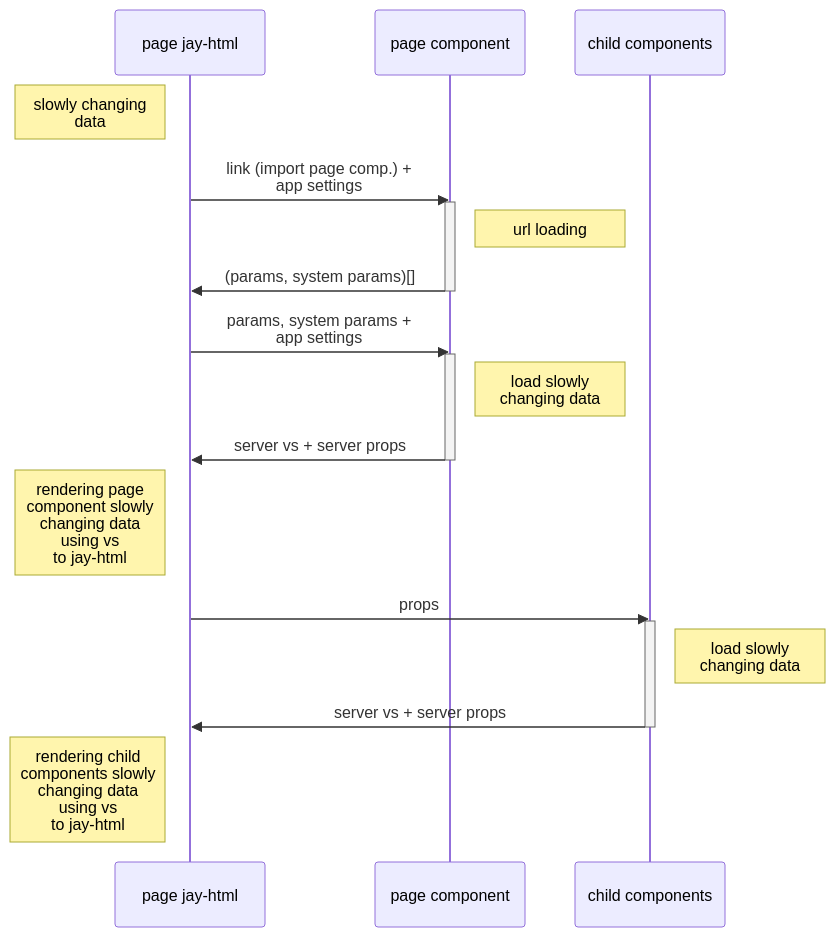
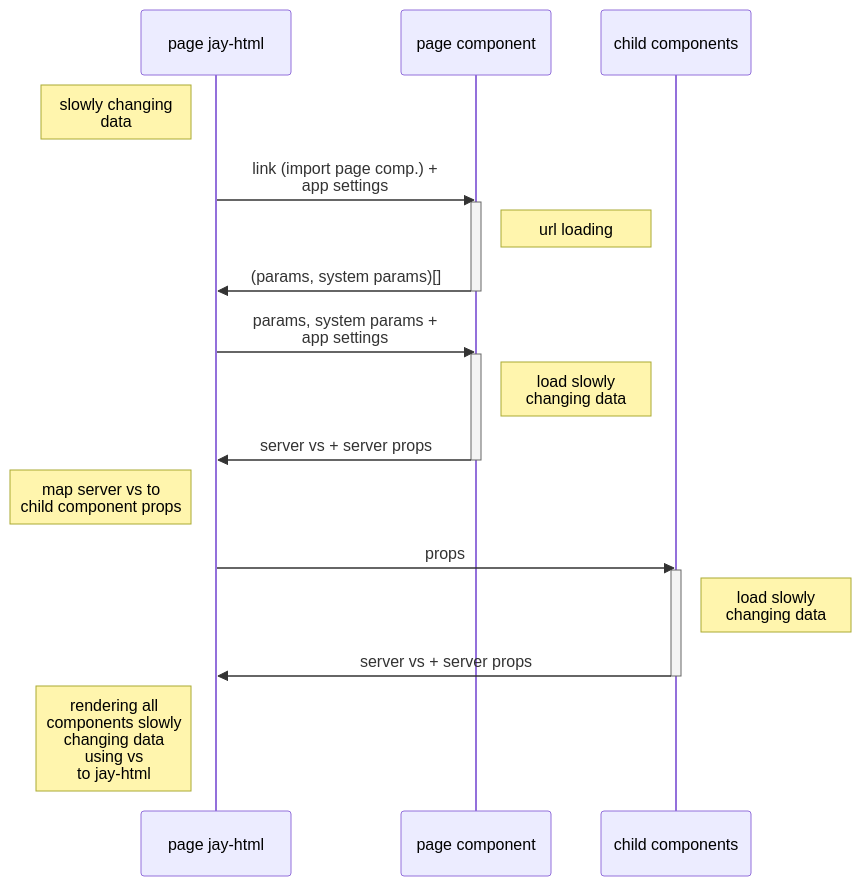
One commit to jay-framework/jay changed the diagram in design-log/34 - jay stack - rendering flow - slowly changing.mmd. Above: the diagram before and after it, drawn with Mermaid. The commit also changed 4 other files, not shown here.

Commit message:
updated diagrams

```diff
--- a/design-log/34 - jay stack - rendering flow - slowly changing.mmd
+++ b/design-log/34 - jay stack - rendering flow - slowly changing.mmd
@@ -1,22 +1,22 @@
 sequenceDiagram
     participant page as page jay-html
     participant comp as page component
     participant child as child components
     Note left of page: slowly changing<br>data
     page->>comp: link (import page comp.) +<br> app settings
     activate comp
     Note right of comp: url loading
     comp->>page: (params, system params)[]
     deactivate comp
     page->>comp: params, system params + <br>app settings
     activate comp
     Note right of comp: load slowly<br>changing data
     comp->>page: server vs + server props
     deactivate comp
-    Note left of page: rendering page <BR>component slowly<br>changing data<br>using vs<br>to jay-html
+    Note left of page: map server vs to <br>child component props
     page->>child: props
     activate child
     Note right of child: load slowly<br>changing data
     child->>page: server vs + server props
     deactivate child
-    Note left of page: rendering child <br>components slowly<br>changing data<br>using vs<br>to jay-html
+    Note left of page: rendering all <br>components slowly<br>changing data<br>using vs<br>to jay-html
```
